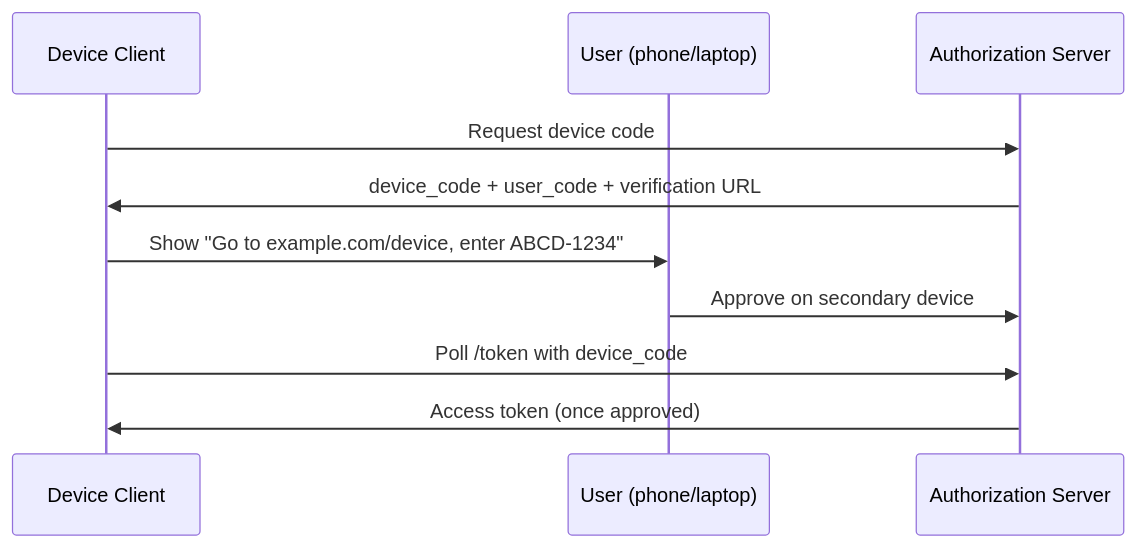
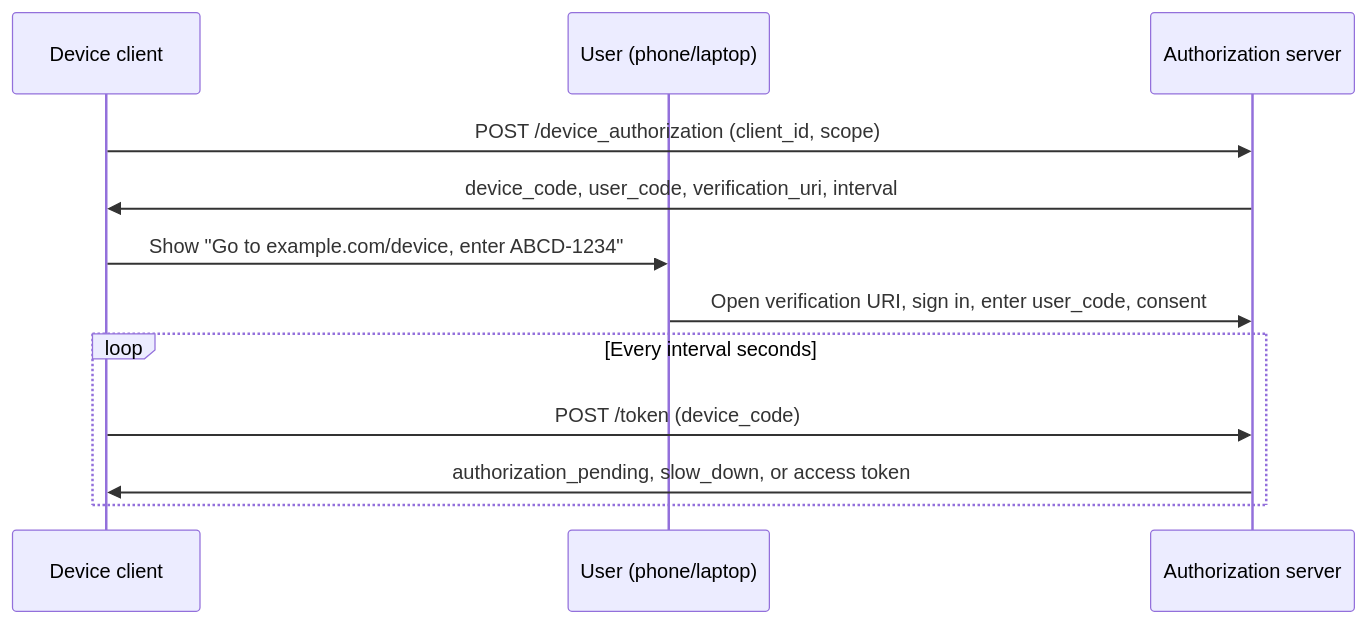
The fourth of 4 diagrams in advanced/01-oauth2.md (mohllal/system-design-interview-prep), drawn with Mermaid before and after one commit. The commit also changed other lines of this file and 6 other files, not shown here.

````diff
--- a/advanced/01-oauth2.md
+++ b/advanced/01-oauth2.md
@@ -140,13 +176,15 @@
 ```mermaid
 sequenceDiagram
-    participant D as Device Client
+    participant D as Device client
     participant U as User (phone/laptop)
-    participant AS as Authorization Server
+    participant AS as Authorization server
 
-    D->>AS: Request device code
-    AS->>D: device_code + user_code + verification URL
+    D->>AS: POST /device_authorization (client_id, scope)
+    AS->>D: device_code, user_code, verification_uri, interval
     D->>U: Show "Go to example.com/device, enter ABCD-1234"
-    U->>AS: Approve on secondary device
-    D->>AS: Poll /token with device_code
-    AS->>D: Access token (once approved)
+    U->>AS: Open verification URI, sign in, enter user_code, consent
+    loop Every interval seconds
+        D->>AS: POST /token (device_code)
+        AS->>D: authorization_pending, slow_down, or access token
+    end
 ```
````
